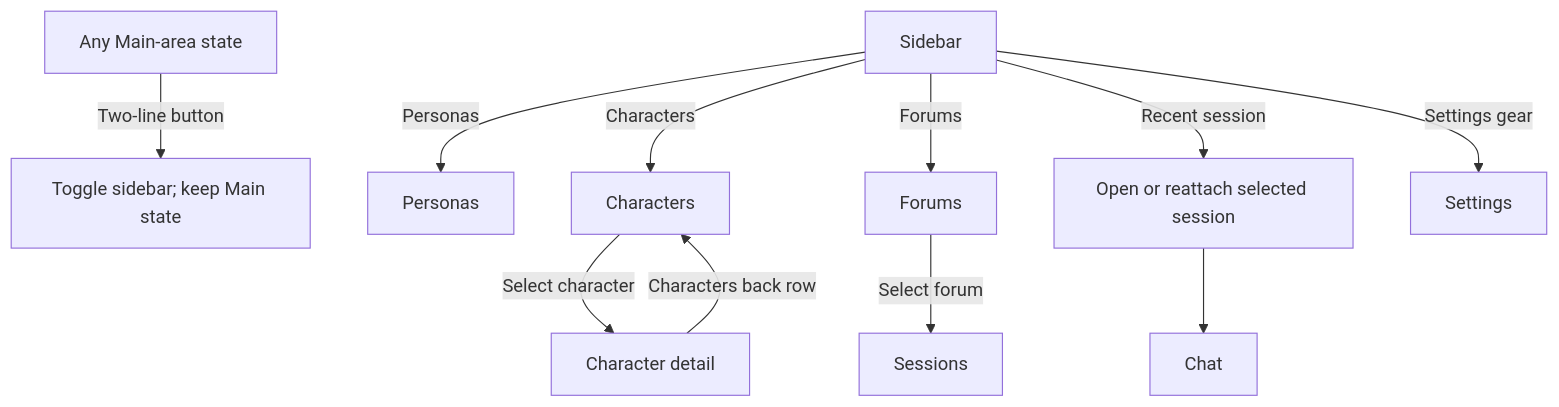
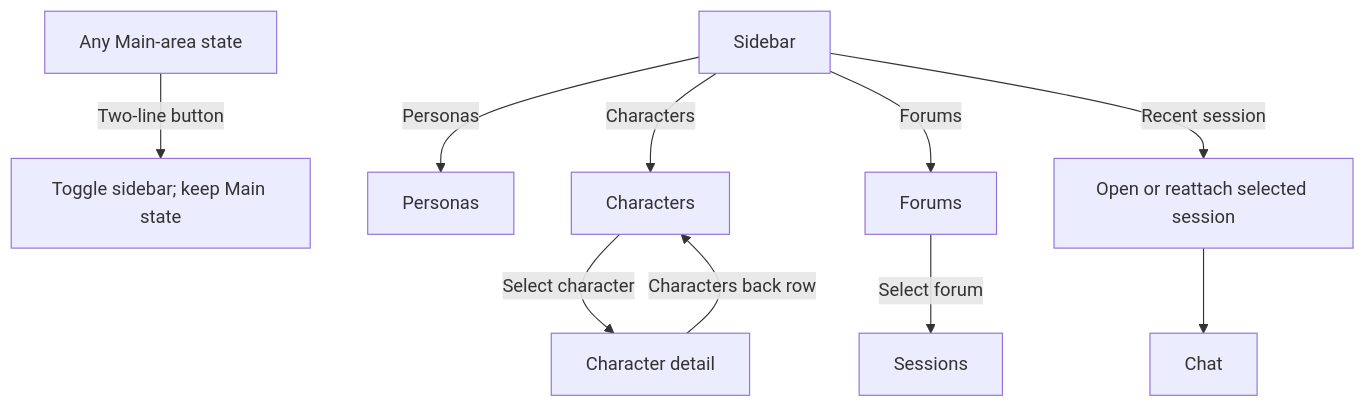
One commit to michaelpopov/cha changed the first of 6 diagrams in docs/web-ui/flows.md. Above: the diagram before and after it, drawn with Mermaid. The commit also changed 7 other files, not shown here.

````diff
--- a/docs/web-ui/flows.md
+++ b/docs/web-ui/flows.md
@@ -7,13 +7,12 @@
 ```mermaid
 flowchart TD
     Main["Any Main-area state"] -->|"Two-line button"| Toggle["Toggle sidebar; keep Main state"]
     Sidebar["Sidebar"] -->|"Personas"| Personas["Personas"]
     Sidebar -->|"Characters"| Characters["Characters"]
     Sidebar -->|"Forums"| Forums["Forums"]
     Sidebar -->|"Recent session"| Open["Open or reattach selected session"]
-    Sidebar -->|"Settings gear"| Settings["Settings"]
     Characters -->|"Select character"| Detail["Character detail"]
     Detail -->|"Characters back row"| Characters
     Forums -->|"Select forum"| Sessions["Sessions"]
     Open --> Chat["Chat"]
 ```
````
